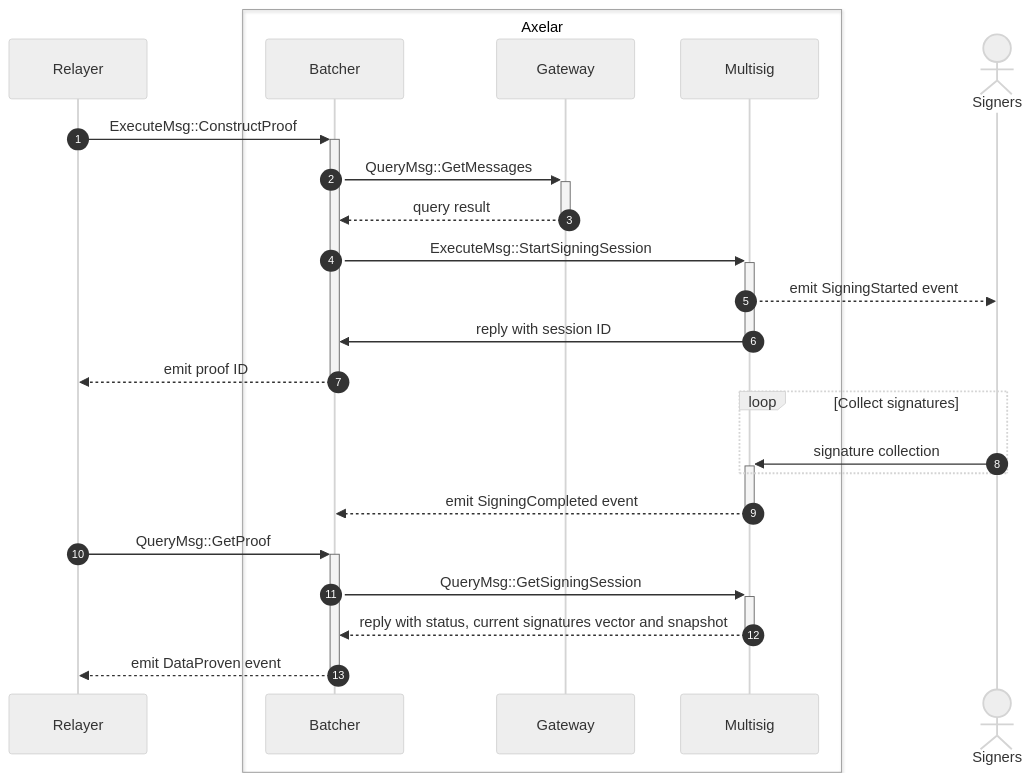
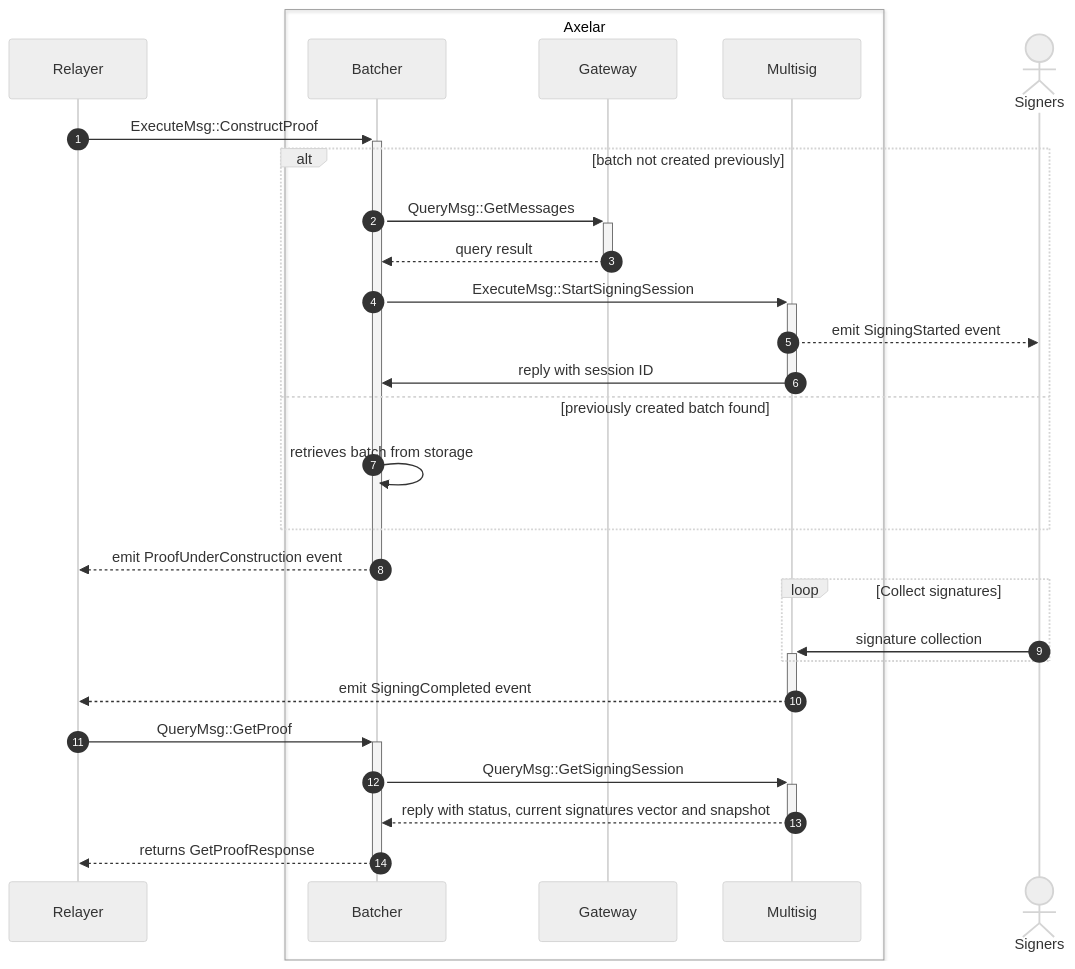
Before and after one commit to axelarnetwork/axelar-amplifier: the second of 2 diagrams in contracts/command-batcher/README.md, drawn with Mermaid (neutral theme). The commit also changed other lines of this file, not shown here.

Commit message:
Updated spec, including alternate flow and fixes

````diff
--- a/contracts/command-batcher/README.md
+++ b/contracts/command-batcher/README.md
@@ -29,28 +29,32 @@
 ```mermaid
 sequenceDiagram
 autonumber
 participant Relayer
 box Axelar
 participant Batcher
 participant Gateway
 participant Multisig
 end
 actor Signers
 
 Relayer->>+Batcher: ExecuteMsg::ConstructProof
-Batcher->>+Gateway: QueryMsg::GetMessages
-Gateway-->>-Batcher: query result
-Batcher->>+Multisig: ExecuteMsg::StartSigningSession
-Multisig-->>Signers: emit SigningStarted event
-Multisig->>-Batcher: reply with session ID
-Batcher-->>Relayer: emit proof ID
+alt batch not created previously
+  Batcher->>+Gateway: QueryMsg::GetMessages
+  Gateway-->>-Batcher: query result
+  Batcher->>+Multisig: ExecuteMsg::StartSigningSession
+  Multisig-->>Signers: emit SigningStarted event
+  Multisig->>-Batcher: reply with session ID
+else previously created batch found
+  Batcher->>Batcher: retrieves batch from storage
+end
+Batcher-->>Relayer: emit ProofUnderConstruction event
 deactivate Batcher
 loop Collect signatures
 	Signers->>+Multisig: signature collection
 end
-Multisig-->>-Batcher: emit SigningCompleted event
+Multisig-->>-Relayer: emit SigningCompleted event
 Relayer->>+Batcher: QueryMsg::GetProof
 Batcher->>+Multisig: QueryMsg::GetSigningSession
 Multisig-->>-Batcher: reply with status, current signatures vector and snapshot
-Batcher-->>-Relayer: emit DataProven event
+Batcher-->>-Relayer: returns GetProofResponse
 ```
````
